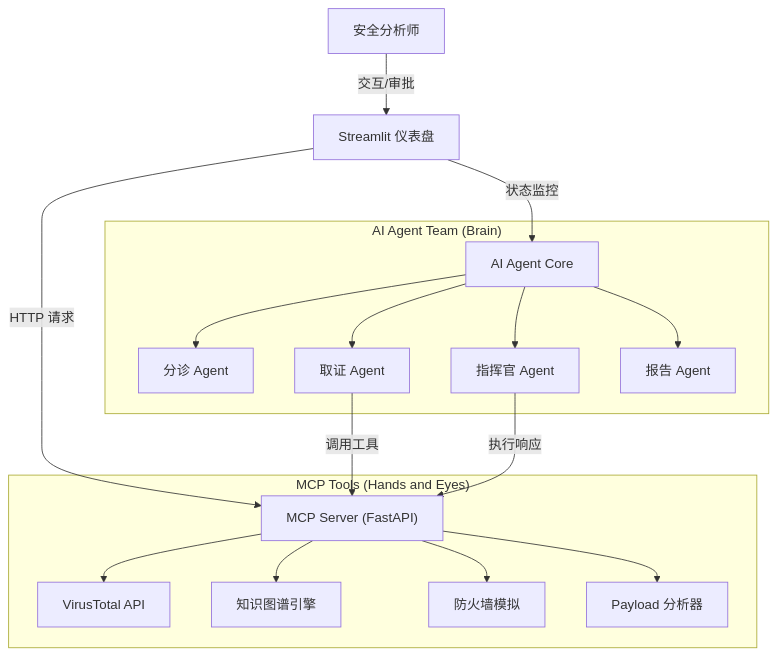
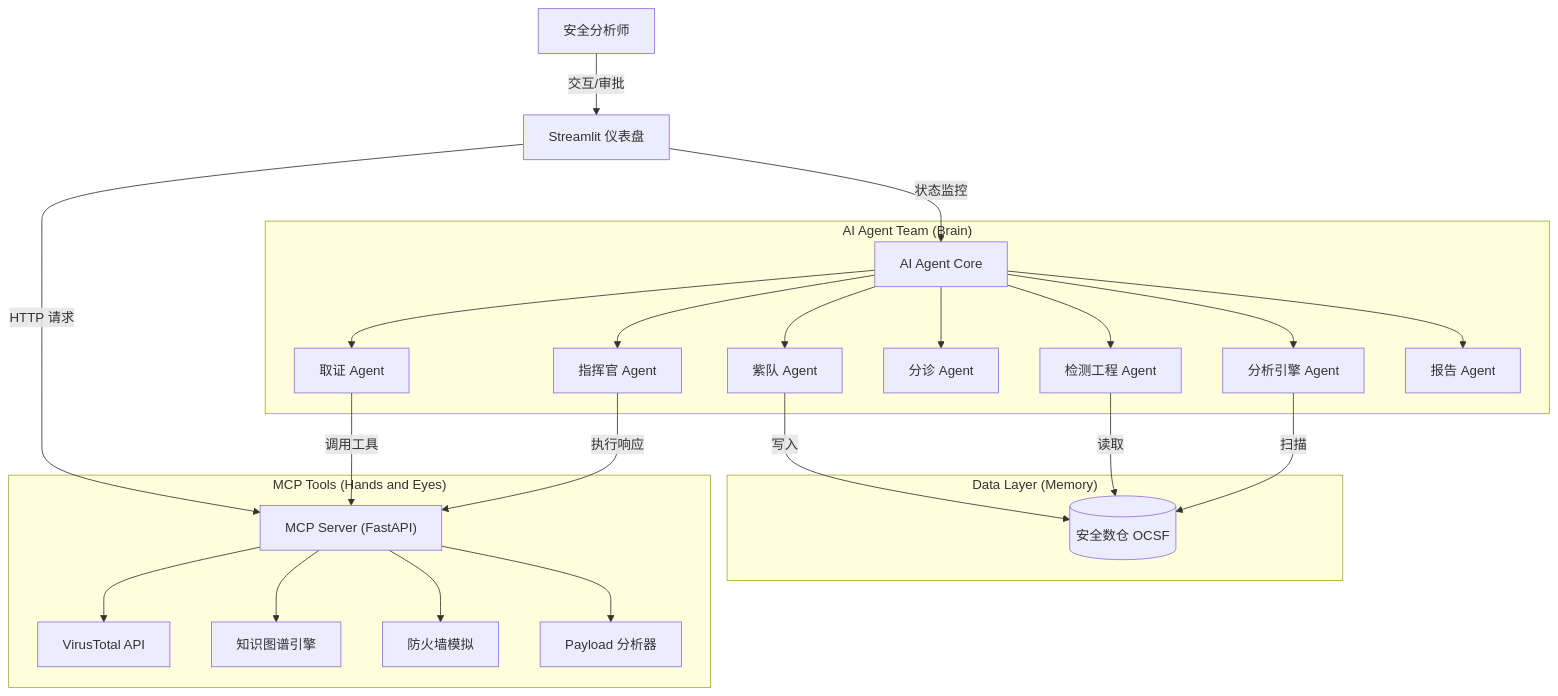
The diagram in README_CN.md (SafelineMan/Agentic-SOC-Simulation), drawn with Mermaid before and after one commit. The commit also changed other lines of this file and 8 other files, not shown here.

````diff
--- a/README_CN.md
+++ b/README_CN.md
@@ -55,23 +61,32 @@
 ```mermaid
 graph TD
     User[安全分析师] -->|交互/审批| UI["Streamlit 仪表盘"]
     UI -->|HTTP 请求| MCP["MCP Server (FastAPI)"]
     UI -->|状态监控| AgentCore["AI Agent Core"]
     
     subgraph AgentTeam ["AI Agent Team (Brain)"]
+        AgentCore --> Purple[紫队 Agent]
+        AgentCore --> Detection[检测工程 Agent]
+        AgentCore --> Engine[分析引擎 Agent]
         AgentCore --> Triage[分诊 Agent]
         AgentCore --> Forensic[取证 Agent]
         AgentCore --> Commander[指挥官 Agent]
         AgentCore --> Reporter[报告 Agent]
     end
     
+    subgraph DataLayer ["Data Layer (Memory)"]
+        Purple -->|写入| Warehouse[(安全数仓 OCSF)]
+        Detection -->|读取| Warehouse
+        Engine -->|扫描| Warehouse
+    end
+
     subgraph MCPTools ["MCP Tools (Hands and Eyes)"]
         MCP --> VT["VirusTotal API"]
         MCP --> Graph[知识图谱引擎]
         MCP --> Firewall[防火墙模拟]
         MCP --> Payload["Payload 分析器"]
     end
     
     Forensic -->|调用工具| MCP
     Commander -->|执行响应| MCP
 ```
````
